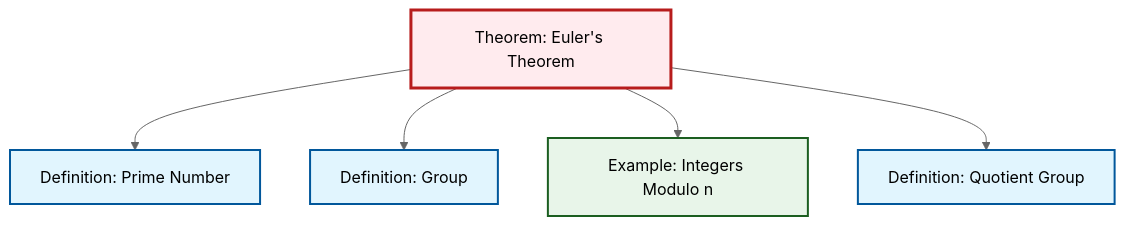
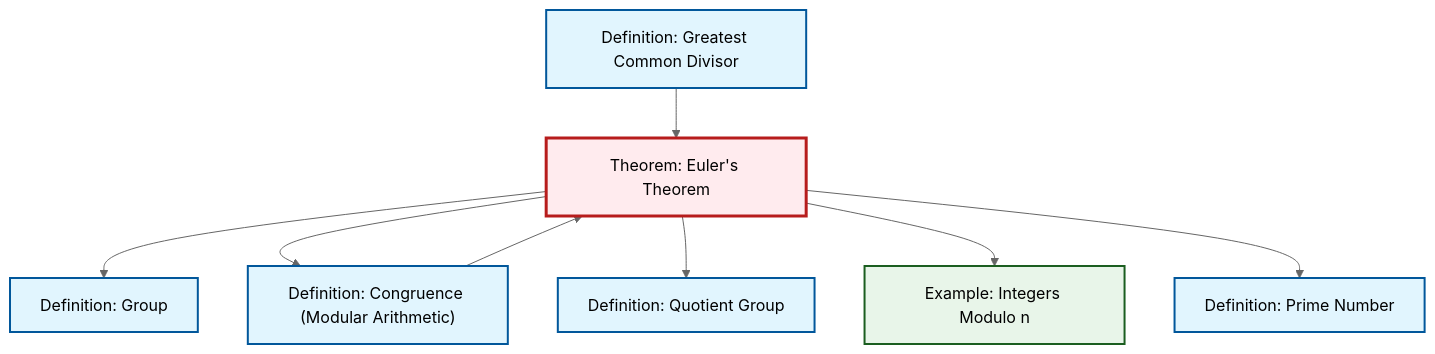
The diagram in output/mermaid/thm-euler.mermaid (RK0429/ModernMath), drawn with Mermaid (neutral theme) before and after one commit. The commit also changed 1245 other files, not shown here.

```diff
--- a/output/mermaid/thm-euler.mermaid
+++ b/output/mermaid/thm-euler.mermaid
@@ -1,17 +1,22 @@
 %%| fig-cap: "Local dependency graph"
 graph TD
     classDef definition fill:#e1f5fe,stroke:#01579b,stroke-width:2px
     classDef theorem fill:#f3e5f5,stroke:#4a148c,stroke-width:2px
     classDef axiom fill:#fff3e0,stroke:#e65100,stroke-width:2px
     classDef example fill:#e8f5e9,stroke:#1b5e20,stroke-width:2px
     classDef current fill:#ffebee,stroke:#b71c1c,stroke-width:3px
     thm-euler["Theorem: Euler's Theorem"]:::theorem
+    def-gcd["Definition: Greatest Common Divisor"]:::definition
     def-group["Definition: Group"]:::definition
+    def-congruence["Definition: Congruence (Modular Arithmetic)"]:::definition
     ex-quotient-integers-mod-n["Example: Integers Modulo n"]:::example
     def-quotient-group["Definition: Quotient Group"]:::definition
     def-prime["Definition: Prime Number"]:::definition
+    thm-euler --> def-group
+    def-gcd --> thm-euler
+    def-congruence --> thm-euler
+    thm-euler --> def-congruence
+    thm-euler --> def-quotient-group
+    thm-euler --> ex-quotient-integers-mod-n
     thm-euler --> def-prime
-    thm-euler --> def-group
-    thm-euler --> ex-quotient-integers-mod-n
-    thm-euler --> def-quotient-group
     class thm-euler current
```
